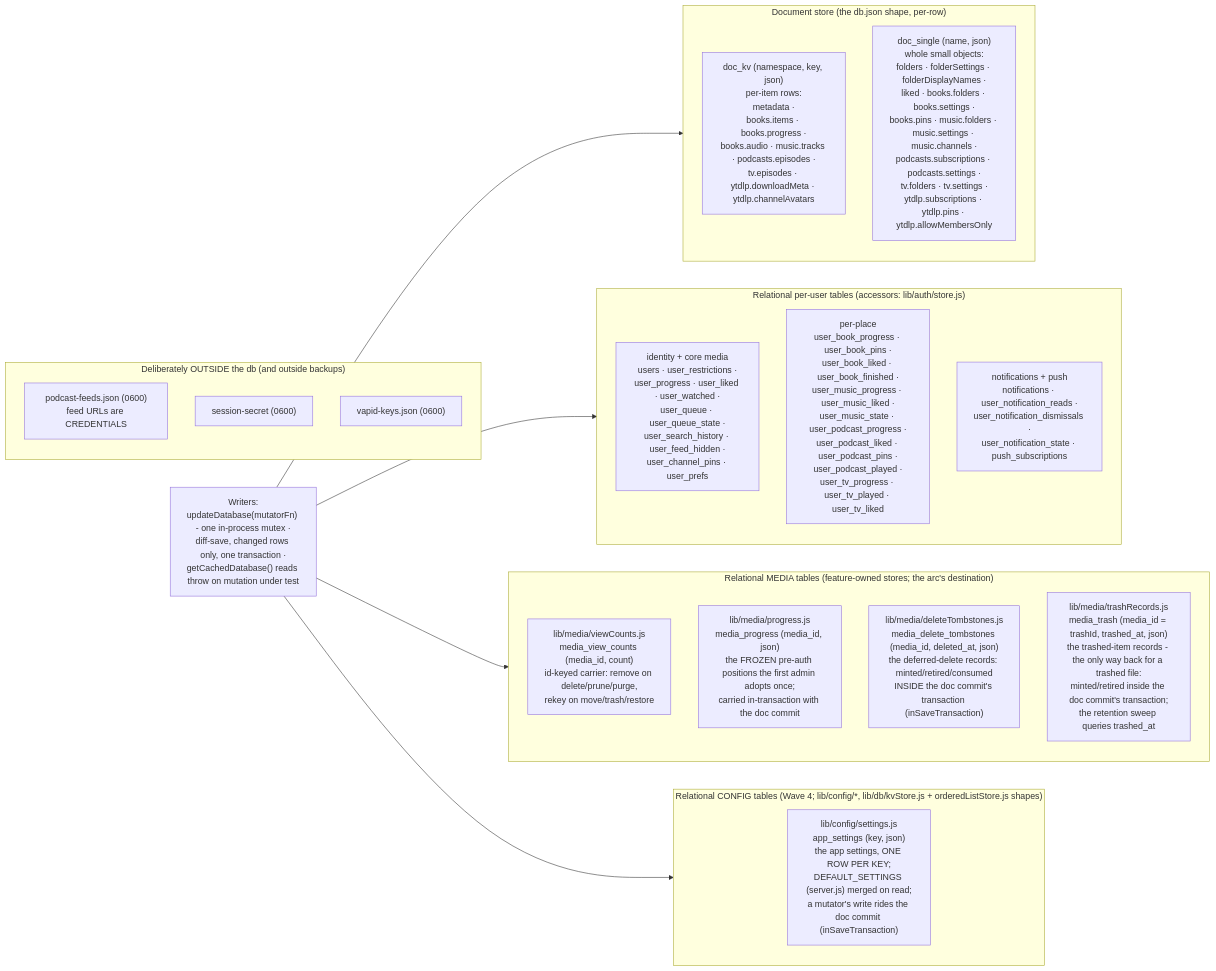
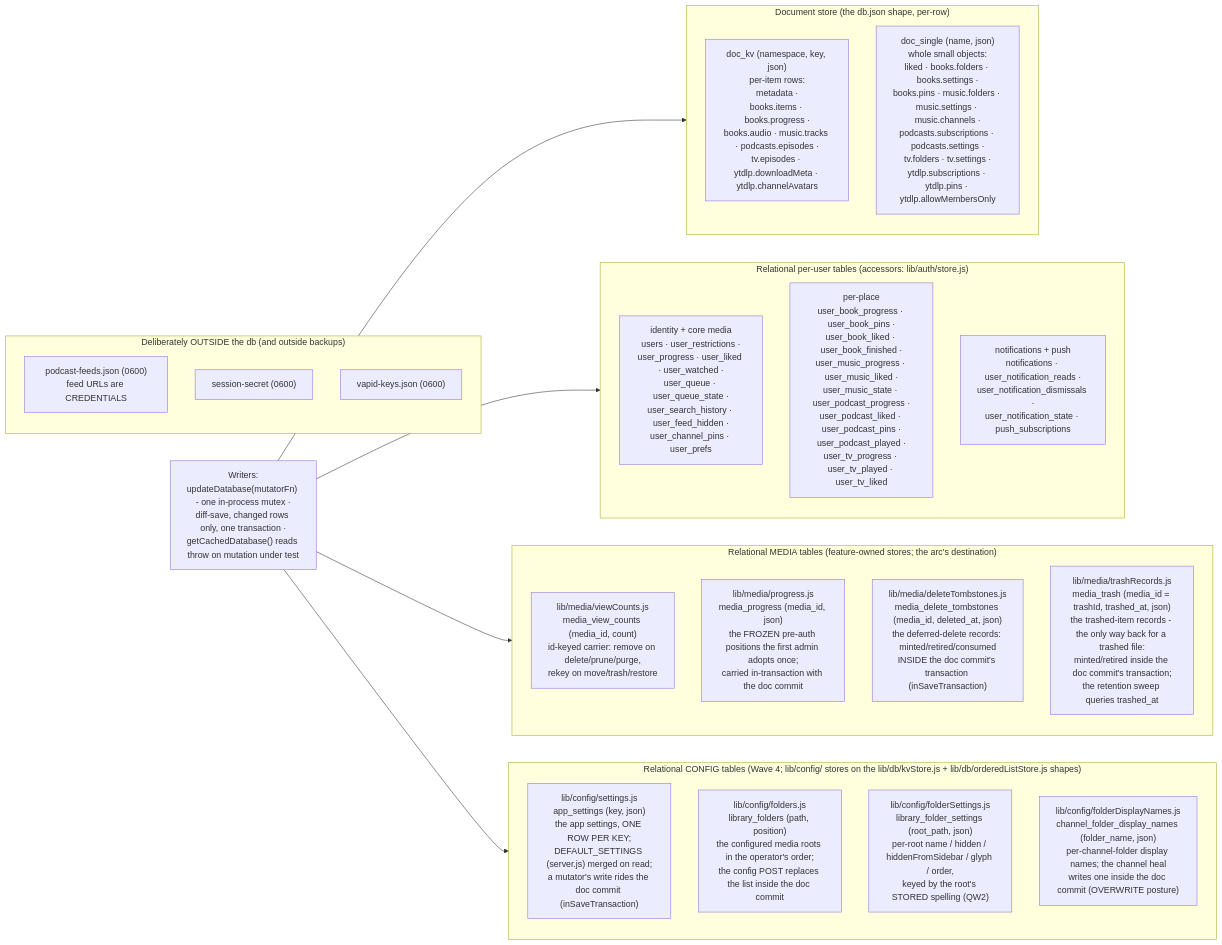
The second of 6 diagrams in docs/DIAGRAMS.md (dtammam/filetube), drawn with Mermaid before and after one commit. The commit also changed other lines of this file and 41 other files, not shown here.

````diff
--- a/docs/DIAGRAMS.md
+++ b/docs/DIAGRAMS.md
@@ -104,37 +104,40 @@
 ```mermaid
 flowchart LR
     subgraph DOC["Document store (the db.json shape, per-row)"]
         KV["doc_kv (namespace, key, json)<br/>per-item rows:<br/>metadata ·<br/>books.items · books.progress ·<br/>books.audio · music.tracks · podcasts.episodes ·<br/>tv.episodes · ytdlp.downloadMeta · ytdlp.channelAvatars"]
-        SINGLE["doc_single (name, json)<br/>whole small objects:<br/>folders · folderSettings · folderDisplayNames ·<br/>liked · books.folders · books.settings ·<br/>books.pins · music.folders · music.settings · music.channels ·<br/>podcasts.subscriptions · podcasts.settings ·<br/>tv.folders · tv.settings ·<br/>ytdlp.subscriptions · ytdlp.pins · ytdlp.allowMembersOnly"]
+        SINGLE["doc_single (name, json)<br/>whole small objects:<br/>liked · books.folders · books.settings ·<br/>books.pins · music.folders · music.settings · music.channels ·<br/>podcasts.subscriptions · podcasts.settings ·<br/>tv.folders · tv.settings ·<br/>ytdlp.subscriptions · ytdlp.pins · ytdlp.allowMembersOnly"]
     end
 
     subgraph REL["Relational per-user tables (accessors: lib/auth/store.js)"]
         CORE["identity + core media<br/>users · user_restrictions ·<br/>user_progress · user_liked · user_watched ·<br/>user_queue · user_queue_state ·<br/>user_search_history · user_feed_hidden ·<br/>user_channel_pins · user_prefs"]
         PLACEST["per-place<br/>user_book_progress · user_book_pins ·<br/>user_book_liked · user_book_finished ·<br/>user_music_progress · user_music_liked ·<br/>user_music_state · user_podcast_progress ·<br/>user_podcast_liked · user_podcast_pins ·<br/>user_podcast_played ·<br/>user_tv_progress · user_tv_played · user_tv_liked"]
         NOTIF["notifications + push<br/>notifications · user_notification_reads ·<br/>user_notification_dismissals ·<br/>user_notification_state · push_subscriptions"]
     end
 
     subgraph MEDIA["Relational MEDIA tables (feature-owned stores; the arc's destination)"]
         VC["lib/media/viewCounts.js<br/>media_view_counts (media_id, count)<br/>id-keyed carrier: remove on delete/prune/purge,<br/>rekey on move/trash/restore"]
         PR["lib/media/progress.js<br/>media_progress (media_id, json)<br/>the FROZEN pre-auth positions the first admin adopts once;<br/>carried in-transaction with the doc commit"]
         DT["lib/media/deleteTombstones.js<br/>media_delete_tombstones (media_id, deleted_at, json)<br/>the deferred-delete records: minted/retired/consumed<br/>INSIDE the doc commit's transaction (inSaveTransaction)"]
         TR["lib/media/trashRecords.js<br/>media_trash (media_id = trashId, trashed_at, json)<br/>the trashed-item records - the only way back for a trashed file:<br/>minted/retired inside the doc commit's transaction;<br/>the retention sweep queries trashed_at"]
     end
 
-    subgraph CONFIG["Relational CONFIG tables (Wave 4; lib/config/*, lib/db/kvStore.js + orderedListStore.js shapes)"]
+    subgraph CONFIG["Relational CONFIG tables (Wave 4; lib/config/ stores on the lib/db/kvStore.js + lib/db/orderedListStore.js shapes)"]
         ST["lib/config/settings.js<br/>app_settings (key, json)<br/>the app settings, ONE ROW PER KEY;<br/>DEFAULT_SETTINGS (server.js) merged on read;<br/>a mutator's write rides the doc commit (inSaveTransaction)"]
+        FO["lib/config/folders.js<br/>library_folders (path, position)<br/>the configured media roots in the operator's order;<br/>the config POST replaces the list inside the doc commit"]
+        FS["lib/config/folderSettings.js<br/>library_folder_settings (root_path, json)<br/>per-root name / hidden / hiddenFromSidebar / glyph / order,<br/>keyed by the root's STORED spelling (QW2)"]
+        FD["lib/config/folderDisplayNames.js<br/>channel_folder_display_names (folder_name, json)<br/>per-channel-folder display names; the channel heal<br/>writes one inside the doc commit (OVERWRITE posture)"]
     end
 
     subgraph OUT["Deliberately OUTSIDE the db (and outside backups)"]
         FEEDS["podcast-feeds.json (0600)<br/>feed URLs are CREDENTIALS"]
         SS["session-secret (0600)"]
         VAPID["vapid-keys.json (0600)"]
     end
 
     WRITERS["Writers:<br/>updateDatabase(mutatorFn) - one in-process mutex ·<br/>diff-save, changed rows only, one transaction ·<br/>getCachedDatabase() reads throw on mutation under test"]
 
     WRITERS --> DOC
     WRITERS --> REL
     WRITERS --> MEDIA
     WRITERS --> CONFIG
 ```
````
